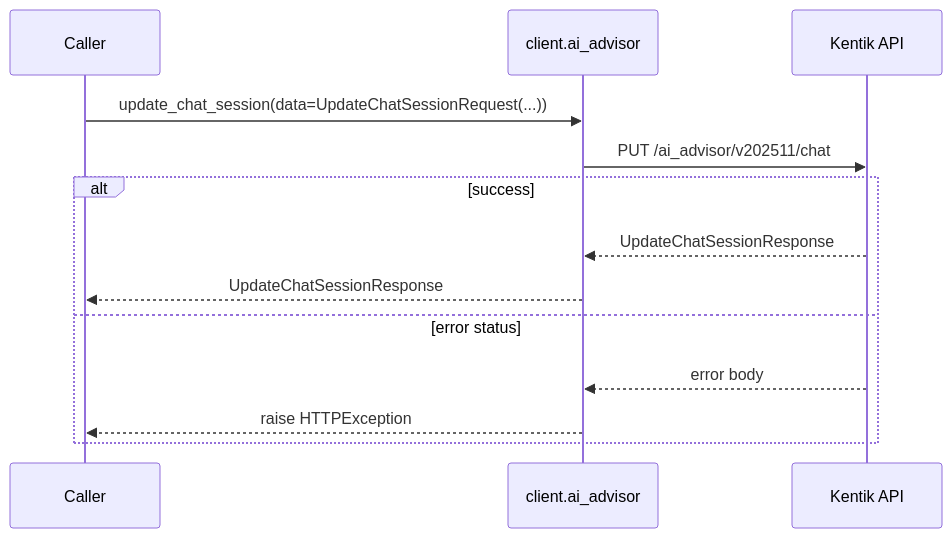
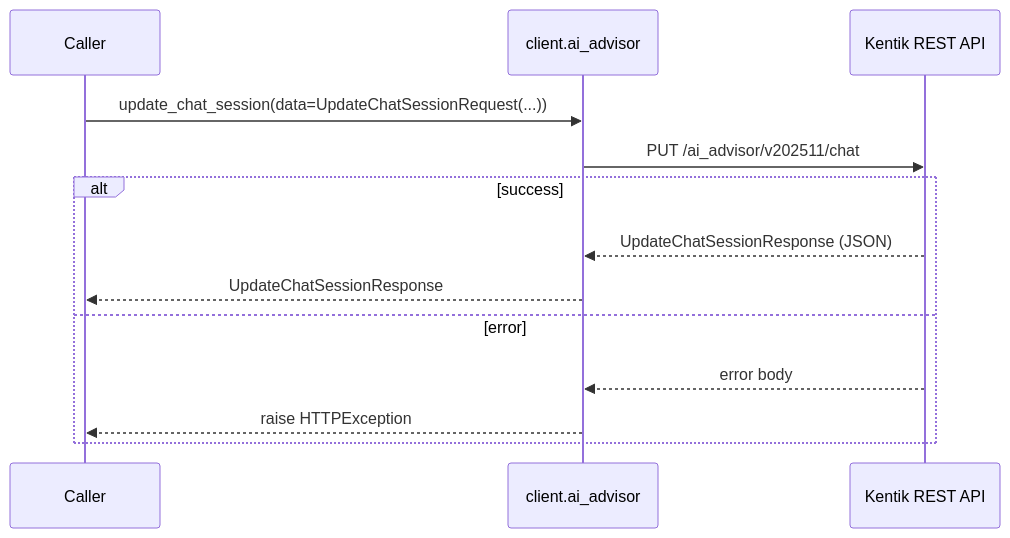
The fourth of 8 diagrams in docs/sphinx/services/ai_advisor.md (alexdearaujo/community_sdk_python), drawn with Mermaid before and after one commit. The commit also changed other lines of this file and 61 other files, not shown here.

````diff
--- a/docs/sphinx/services/ai_advisor.md
+++ b/docs/sphinx/services/ai_advisor.md
@@ -83,16 +110,16 @@
 ```mermaid
 sequenceDiagram
     participant C as Caller
     participant W as client.ai_advisor
-    participant API as Kentik API
+    participant API as Kentik REST API
 
     C->>W: update_chat_session(data=UpdateChatSessionRequest(...))
     W->>API: PUT /ai_advisor/v202511/chat
     alt success
-        API-->>W: UpdateChatSessionResponse
+        API-->>W: UpdateChatSessionResponse (JSON)
         W-->>C: UpdateChatSessionResponse
-    else error status
+    else error
         API-->>W: error body
         W-->>C: raise HTTPException
     end
 ```
````
